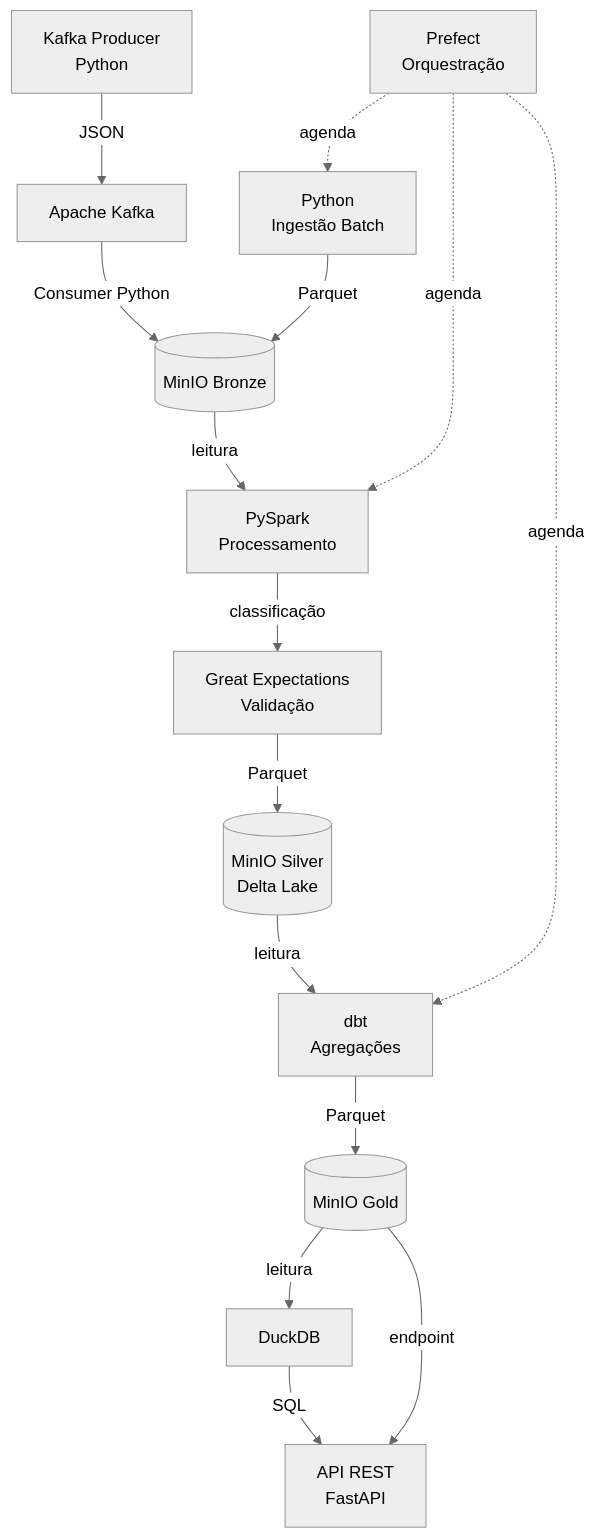
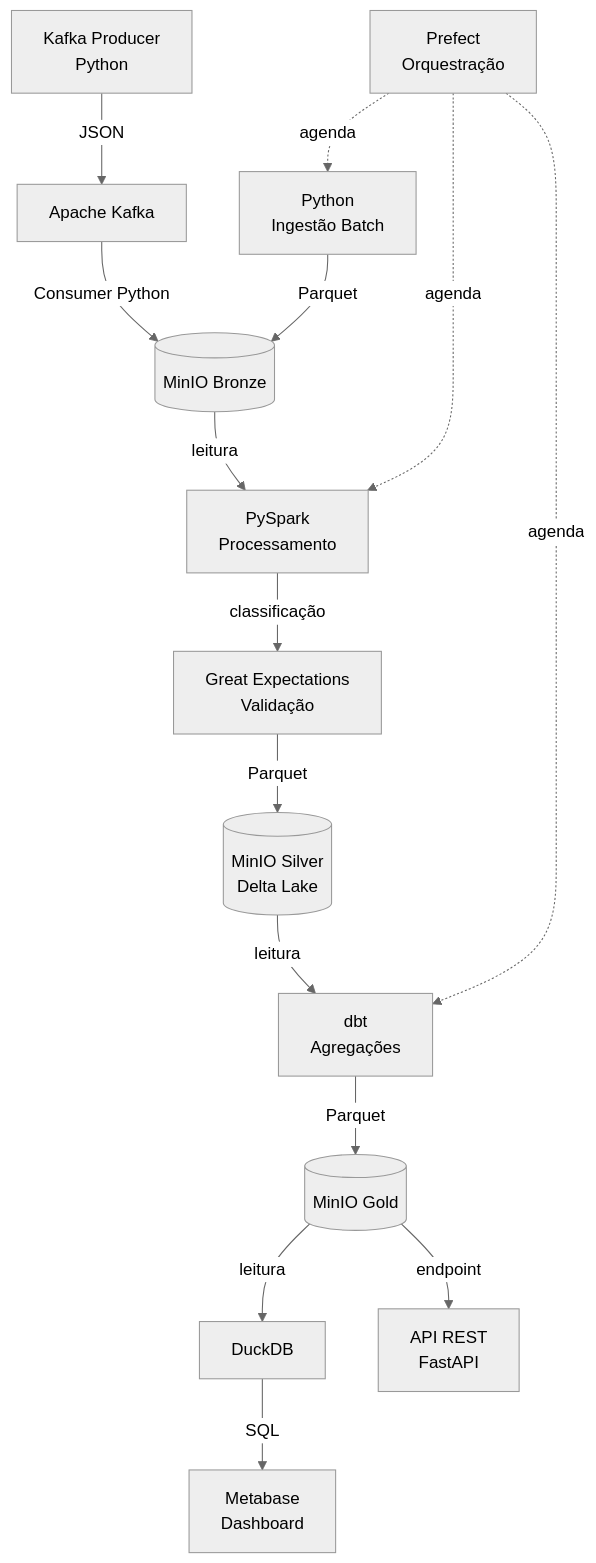
The diagram in docs/05-tecnologias.md (leonardoamaral90/uniceub_ecosort_eng216), drawn with Mermaid (neutral theme) before and after one commit. The commit also changed other lines of this file, not shown here.

````diff
--- a/docs/05-tecnologias.md
+++ b/docs/05-tecnologias.md
@@ -188,21 +188,21 @@
 ```mermaid
 graph TD
     A[Python\nIngestão Batch] -->|Parquet| B[(MinIO Bronze)]
     C[Kafka Producer\nPython] -->|JSON| D[Apache Kafka]
     D -->|Consumer Python| B
 
     B -->|leitura| E[PySpark\nProcessamento]
     E -->|classificação| F[Great Expectations\nValidação]
     F -->|Parquet| G[(MinIO Silver\nDelta Lake)]
 
     G -->|leitura| H[dbt\nAgregações]
     H -->|Parquet| I[(MinIO Gold)]
 
     I -->|leitura| J[DuckDB]
     J -->|SQL| K[Metabase\nDashboard]
-    I -->|endpoint| K[API REST\nFastAPI]
+    I -->|endpoint| M[API REST\nFastAPI]
 
-    L[Prefect\nOrquestração] -.->|agenda| A
-    L -.->|agenda| E
-    L -.->|agenda| H
+    N[Prefect\nOrquestração] -.->|agenda| A
+    N -.->|agenda| E
+    N -.->|agenda| H
 ```
````
